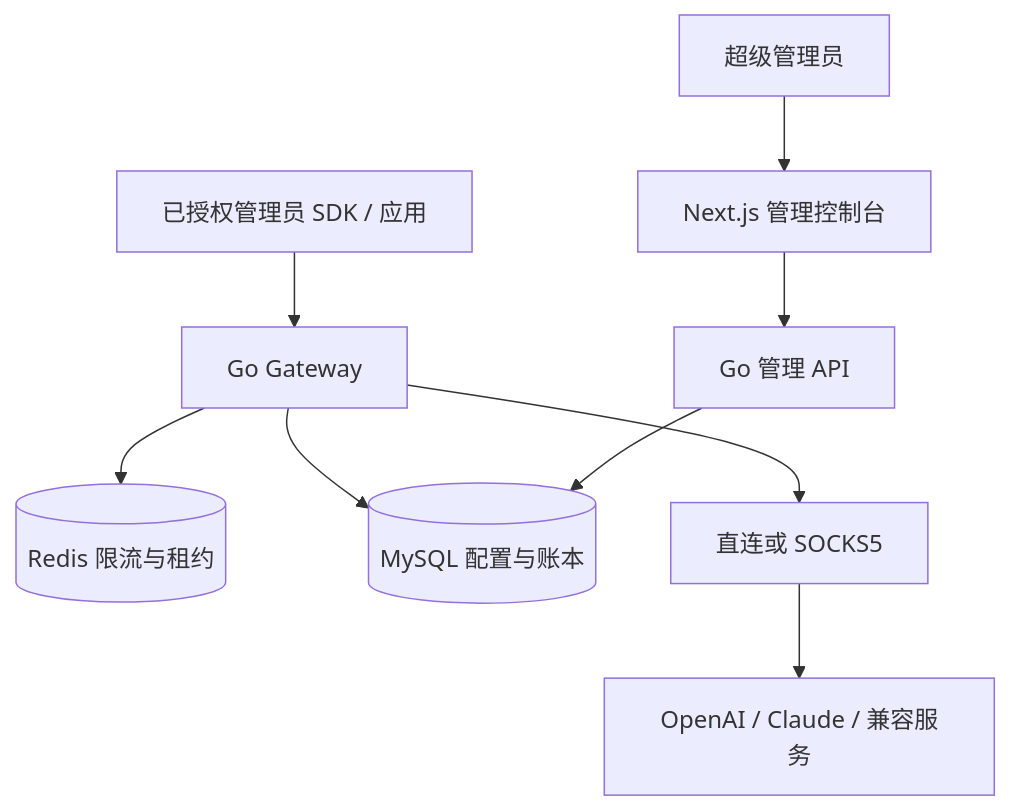
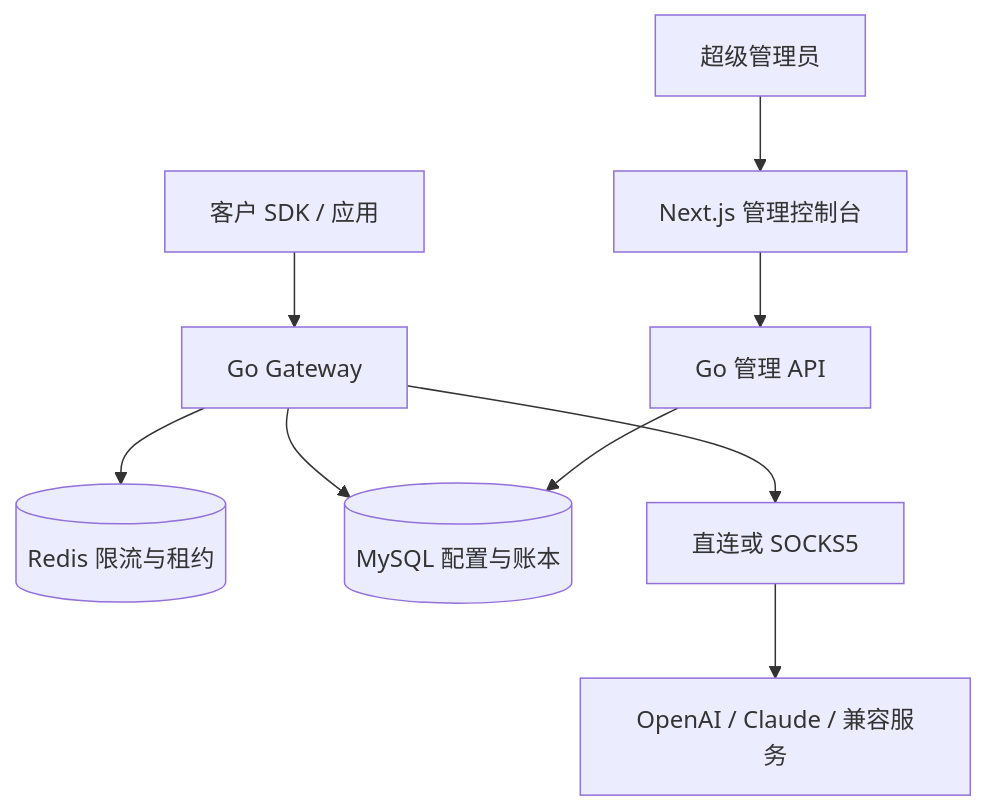
The second of 2 diagrams in docs/architecture.md (ufcenterxyz/relaypine.com), drawn with Mermaid before and after one commit. The commit also changed other lines of this file and 75 other files, not shown here.

````diff
--- a/docs/architecture.md
+++ b/docs/architecture.md
@@ -187,11 +186,11 @@
 ```mermaid
 flowchart TB
-    C[已授权管理员 SDK / 应用] --> G[Go Gateway]
+    C[客户 SDK / 应用] --> G[Go Gateway]
     U[超级管理员] --> W[Next.js 管理控制台]
     W --> A[Go 管理 API]
     G --> R[(Redis 限流与租约)]
     G --> D[(MySQL 配置与账本)]
     A --> D
     G --> P[直连或 SOCKS5]
     P --> O[OpenAI / Claude / 兼容服务]
 ```
````
